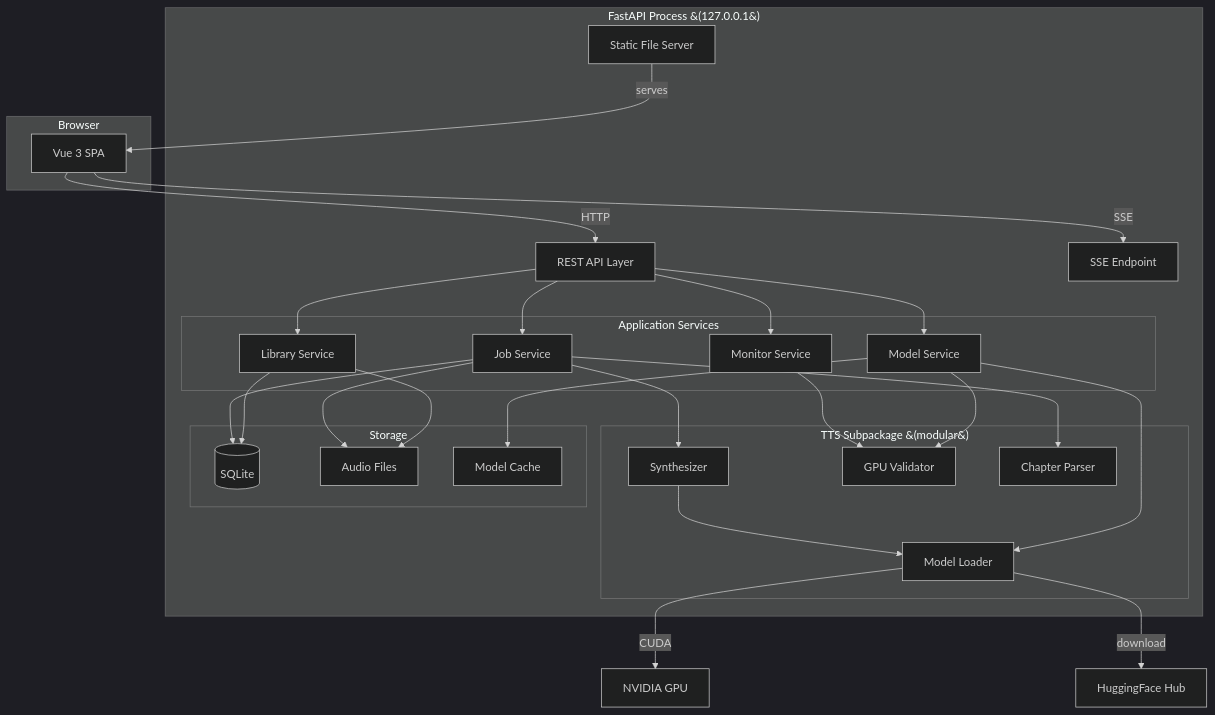
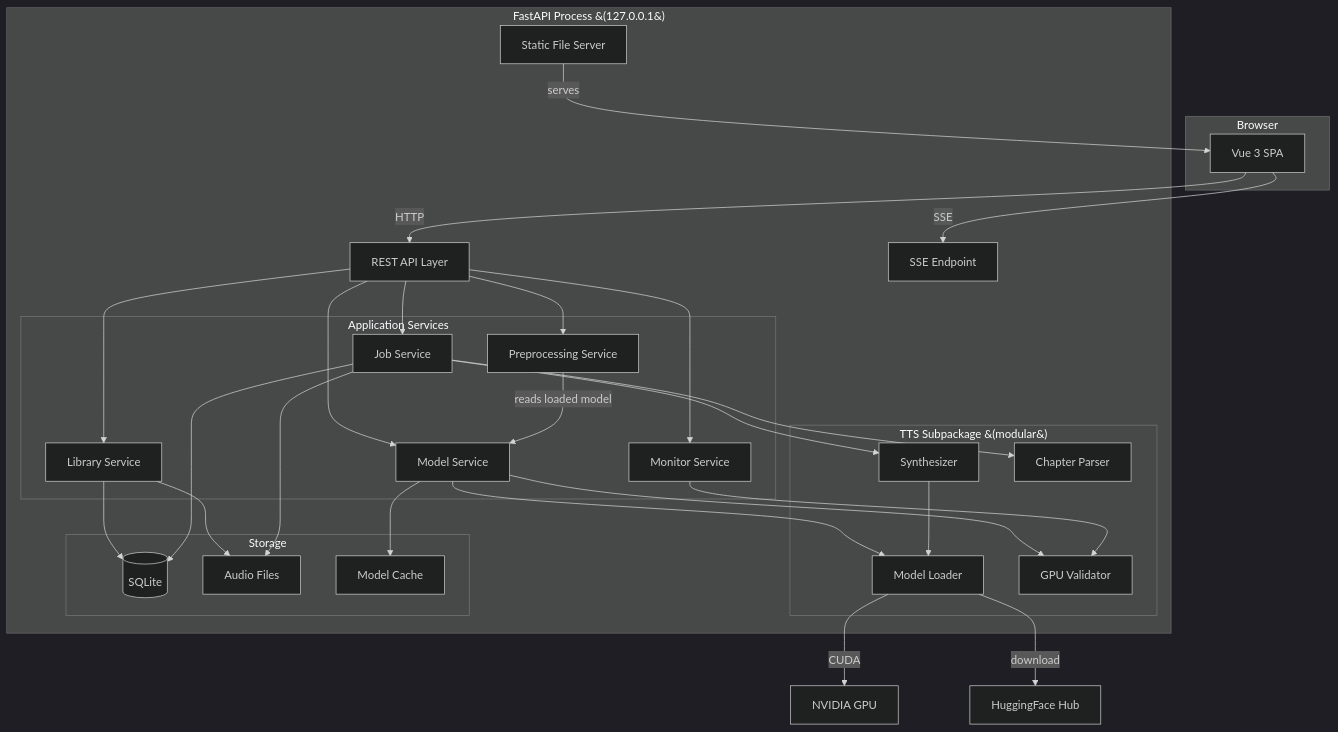
One commit to pangon/local-TTS-web-app changed the second of 3 diagrams in 2-design/architecture.md. Above: the diagram before and after it, drawn with Mermaid (dark theme). The commit also changed other lines of this file and 10 other files, not shown here.

````diff
--- a/2-design/architecture.md
+++ b/2-design/architecture.md
@@ -31,57 +31,60 @@
 ```mermaid
 graph TB
     subgraph Browser
         Vue[Vue 3 SPA]
     end
 
     subgraph "FastAPI Process &#40;127.0.0.1&#41;"
         API[REST API Layer]
         SSEEndpoint[SSE Endpoint]
         Static[Static File Server]
 
         subgraph "Application Services"
             LibSvc[Library Service]
             JobSvc[Job Service]
             ModelSvc[Model Service]
             MonSvc[Monitor Service]
+            PreSvc[Preprocessing Service]
         end
 
         subgraph "TTS Subpackage &#40;modular&#41;"
             Synth[Synthesizer]
             ModelLoader[Model Loader]
             GPUVal[GPU Validator]
             ChapterParser[Chapter Parser]
         end
 
         subgraph Storage
             DB[(SQLite)]
             AudioFS[Audio Files]
             ModelCache[Model Cache]
         end
     end
 
     Vue -->|HTTP| API
     Vue -->|SSE| SSEEndpoint
     Static -->|serves| Vue
 
     API --> LibSvc
     API --> JobSvc
     API --> ModelSvc
     API --> MonSvc
+    API --> PreSvc
 
     JobSvc --> Synth
     ModelSvc --> ModelLoader
     ModelSvc --> GPUVal
     JobSvc --> ChapterParser
+    PreSvc -->|reads loaded model| ModelSvc
 
     LibSvc --> DB
     LibSvc --> AudioFS
     JobSvc --> DB
     JobSvc --> AudioFS
     ModelSvc --> ModelCache
     MonSvc --> GPUVal
 
     Synth --> ModelLoader
     ModelLoader -->|CUDA| GPU[NVIDIA GPU]
     ModelLoader -->|download| HF[HuggingFace Hub]
 ```
````
